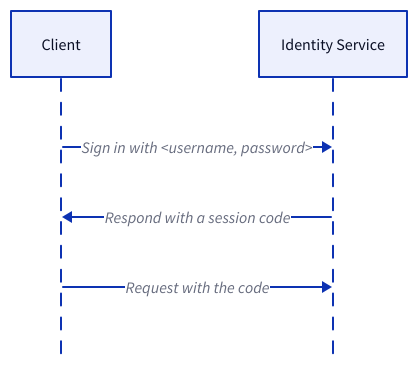
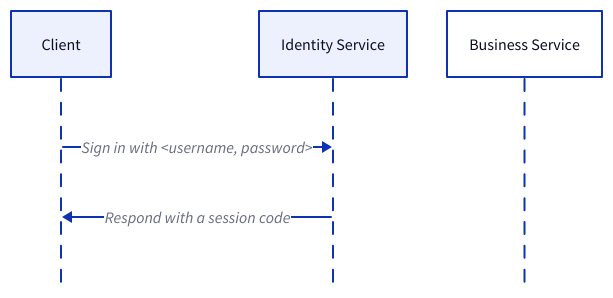
The first of 26 diagrams in content/docs/system-administration/system-protection/iam.md (link1905/system-design-101), drawn with D2 before and after one commit. The commit also changed other lines of this file and 21 other files, not shown here.

````diff
--- a/content/docs/system-administration/system-protection/iam.md
+++ b/content/docs/system-administration/system-protection/iam.md
@@ -19,14 +36,14 @@
 ```d2
 shape: sequence_diagram
-
 c: Client {
   class: client
 }
 s: Identity Service {
   class: server
 }
-
+b: Business Service {
+  class: server
+}
 c -> s: Sign in with <username, password>
 s -> c: Respond with a session code
-c -> s: Request with the code
 ```
````
